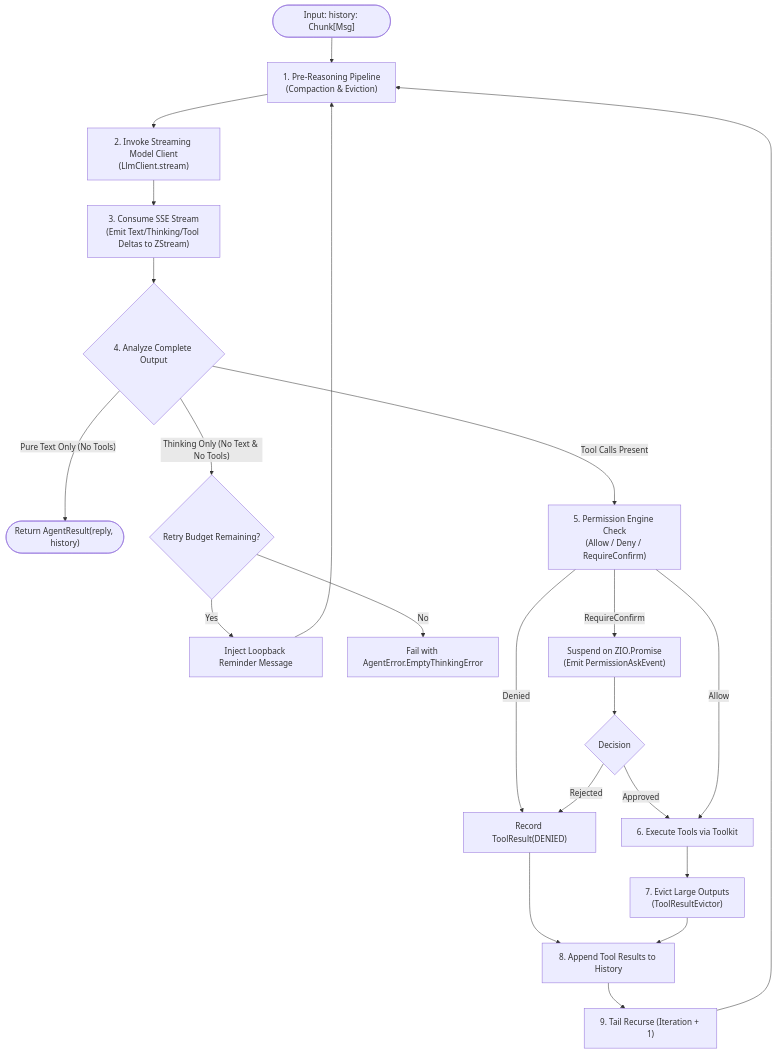
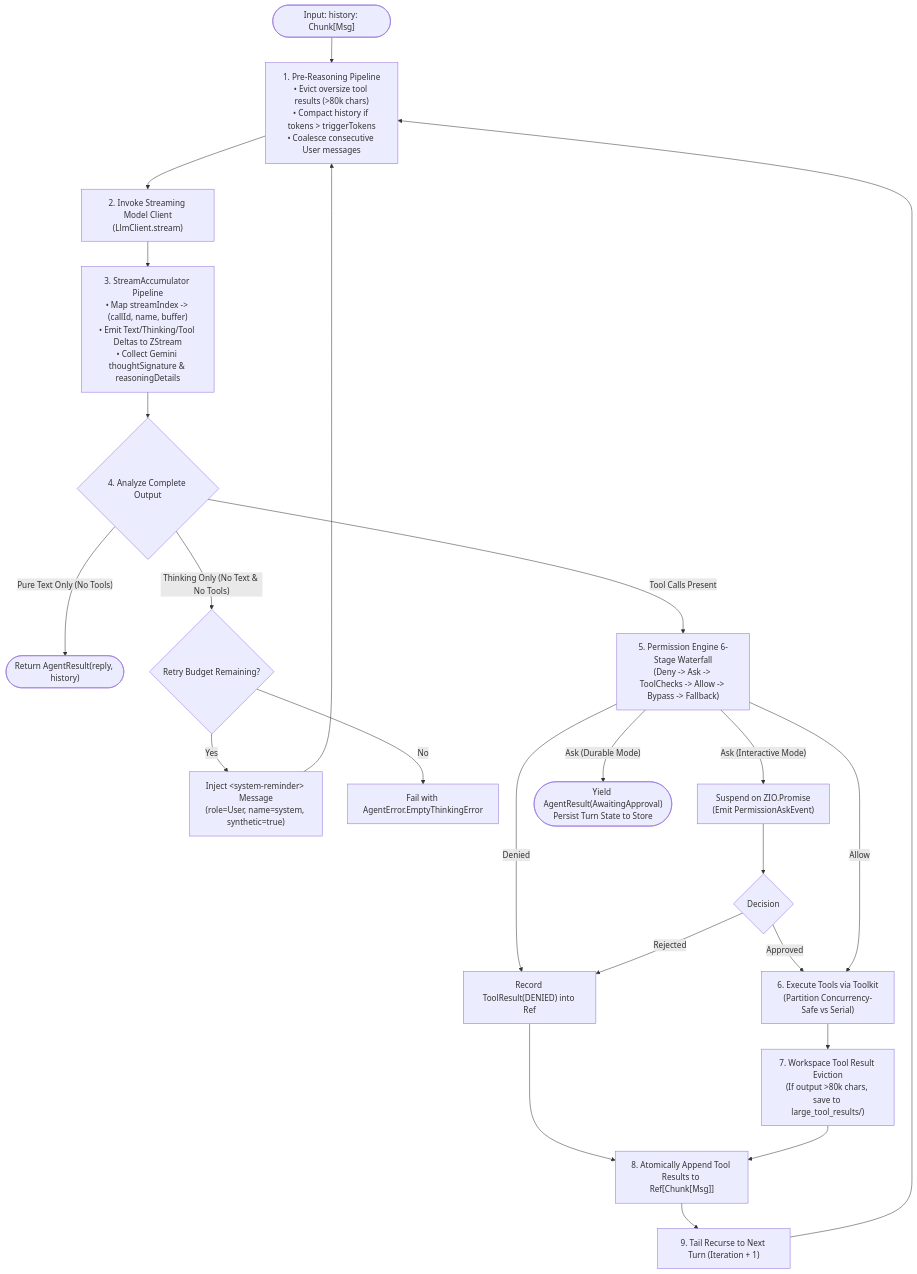
One commit to weisgnosis/weisgnosis-agents changed the first of 4 diagrams in docs/architecture/mid-level-design.md. Above: the diagram before and after it, drawn with Mermaid. The commit also changed other lines of this file and 3 other files, not shown here.

First line of the commit message:
docs: refine architecture specifications (HLD, MLD, LLD) with deep audit corrections

````diff
--- a/docs/architecture/mid-level-design.md
+++ b/docs/architecture/mid-level-design.md
@@ -16,31 +16,34 @@
 ```mermaid
 flowchart TD
-    Start(["Input: history: Chunk[Msg]"]) --> PreCompaction["1. Pre-Reasoning Pipeline<br/>(Compaction & Eviction)"]
-    PreCompaction --> CallLLM["2. Invoke Streaming Model Client<br/>(LlmClient.stream)"]
-    CallLLM --> StreamDeltas["3. Consume SSE Stream<br/>(Emit Text/Thinking/Tool Deltas to ZStream)"]
-    StreamDeltas --> AnalyzeOutput{"4. Analyze Complete Output"}
+    Start(["Input: history: Chunk[Msg]"]) --> PrePipeline["1. Pre-Reasoning Pipeline<br/>• Evict oversize tool results (>80k chars)<br/>• Compact history if tokens > triggerTokens<br/>• Coalesce consecutive User messages"]
+    PrePipeline --> CallLLM["2. Invoke Streaming Model Client<br/>(LlmClient.stream)"]
+    CallLLM --> StreamAccumulator["3. StreamAccumulator Pipeline<br/>• Map streamIndex -> (callId, name, buffer)<br/>• Emit Text/Thinking/Tool Deltas to ZStream<br/>• Collect Gemini thoughtSignature & reasoningDetails"]
+    StreamAccumulator --> AnalyzeOutput{"4. Analyze Complete Output"}
 
     AnalyzeOutput -- "Pure Text Only (No Tools)" --> Finished(["Return AgentResult(reply, history)"])
     
     AnalyzeOutput -- "Thinking Only (No Text & No Tools)" --> CheckRetry{"Retry Budget Remaining?"}
-    CheckRetry -- "Yes" --> InjectReminder["Inject Loopback Reminder Message"]
-    InjectReminder --> PreCompaction
+    CheckRetry -- "Yes" --> InjectReminder["Inject &lt;system-reminder&gt; Message<br/>(role=User, name=system, synthetic=true)"]
+    InjectReminder --> PrePipeline
     CheckRetry -- "No" --> FailThinking["Fail with AgentError.EmptyThinkingError"]
 
-    AnalyzeOutput -- "Tool Calls Present" --> CheckPermissions["5. Permission Engine Check<br/>(Allow / Deny / RequireConfirm)"]
+    AnalyzeOutput -- "Tool Calls Present" --> CheckPermissions["5. Permission Engine 6-Stage Waterfall<br/>(Deny -> Ask -> ToolChecks -> Allow -> Bypass -> Fallback)"]
     
-    CheckPermissions -- "Denied" --> SynthesizeDenied["Record ToolResult(DENIED)"]
-    CheckPermissions -- "RequireConfirm" --> SuspendPromise["Suspend on ZIO.Promise<br/>(Emit PermissionAskEvent)"]
-    SuspendPromise --> ResumeDecision{"Decision"}
-    ResumeDecision -- "Approved" --> ExecuteTools["6. Execute Tools via Toolkit"]
-    ResumeDecision -- "Rejected" --> SynthesizeDenied
+    CheckPermissions -- "Denied" --> SynthesizeDenied["Record ToolResult(DENIED) into Ref"]
+    
+    CheckPermissions -- "Ask (Interactive Mode)" --> SuspendPromise["Suspend on ZIO.Promise<br/>(Emit PermissionAskEvent)"]
+    SuspendPromise --> ResumePromise{"Decision"}
+    ResumePromise -- "Approved" --> ExecuteTools["6. Execute Tools via Toolkit<br/>(Partition Concurrency-Safe vs Serial)"]
+    ResumePromise -- "Rejected" --> SynthesizeDenied
+    
+    CheckPermissions -- "Ask (Durable Mode)" --> SuspendDurable(["Yield AgentResult(AwaitingApproval)<br/>Persist Turn State to Store"])
     
     CheckPermissions -- "Allow" --> ExecuteTools
     
-    ExecuteTools --> PostEviction["7. Evict Large Outputs<br/>(ToolResultEvictor)"]
-    SynthesizeDenied --> AppendHistory["8. Append Tool Results to History"]
+    ExecuteTools --> PostEviction["7. Workspace Tool Result Eviction<br/>(If output >80k chars, save to large_tool_results/)"]
+    SynthesizeDenied --> AppendHistory["8. Atomically Append Tool Results to Ref[Chunk[Msg]]"]
     PostEviction --> AppendHistory
     
-    AppendHistory --> Recurse["9. Tail Recurse (Iteration + 1)"]
-    Recurse --> PreCompaction
+    AppendHistory --> Recurse["9. Tail Recurse to Next Turn (Iteration + 1)"]
+    Recurse --> PrePipeline
 ```
````
